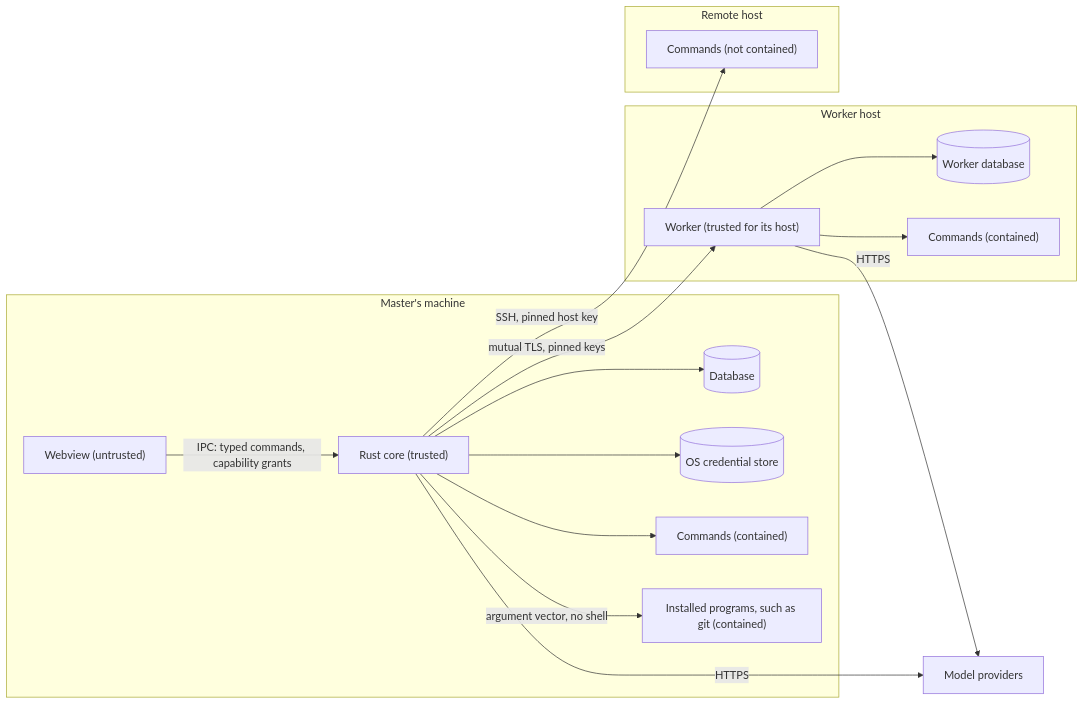
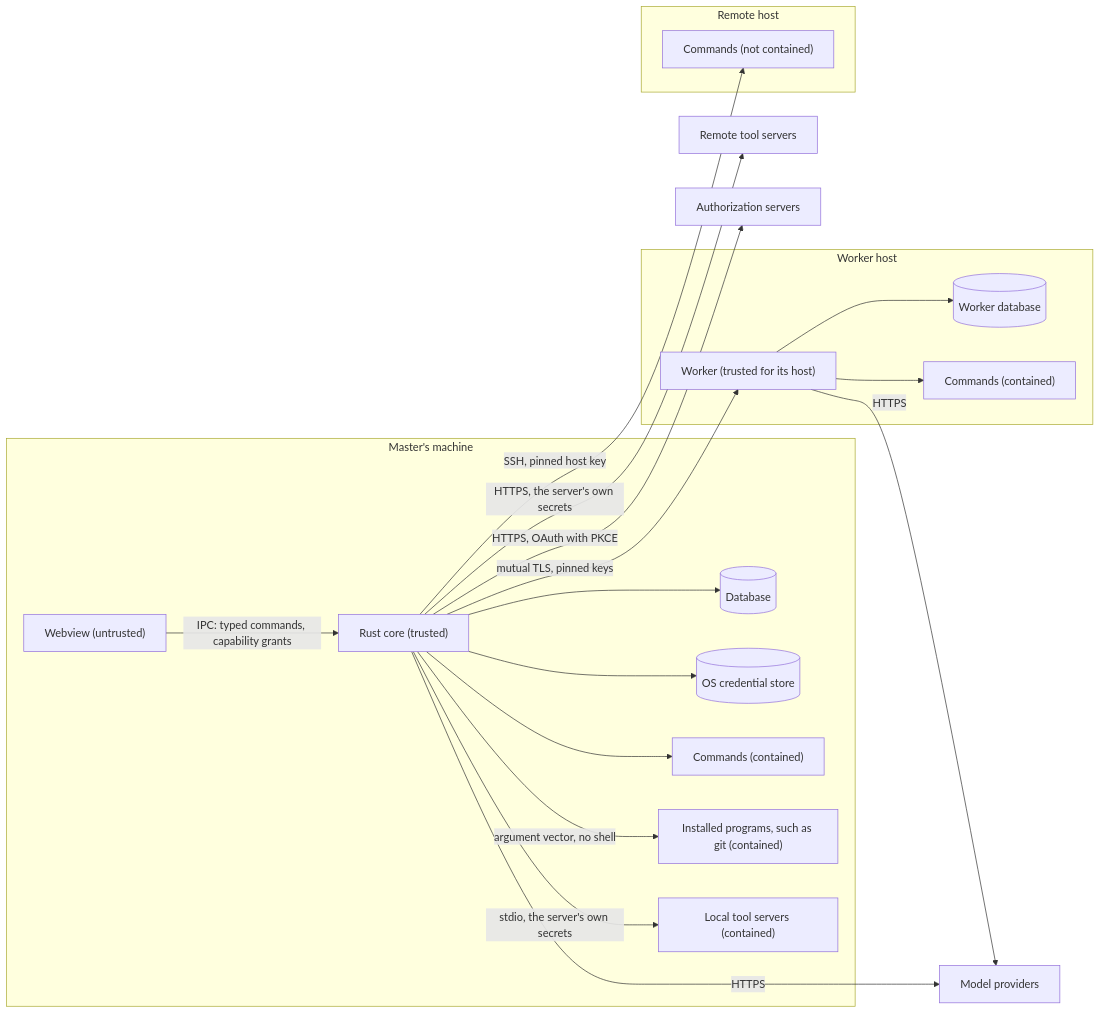
Before and after one commit to limbon2/mannie: the diagram in docs/architecture/security.md, drawn with Mermaid. The commit also changed other lines of this file and 274 other files, not shown here.

````diff
--- a/docs/architecture/security.md
+++ b/docs/architecture/security.md
@@ -53,31 +56,37 @@
 ```mermaid
 flowchart LR
   subgraph MasterMachine["Master's machine"]
     WV["Webview (untrusted)"]
     Core["Rust core (trusted)"]
     Store[("Database")]
     Keys[("OS credential store")]
     Cmd["Commands (contained)"]
     Prog["Installed programs, such as git (contained)"]
+    Local["Local tool servers (contained)"]
   end
   subgraph Host["Worker host"]
     Wk["Worker (trusted for its host)"]
     WStore[("Worker database")]
     WCmd["Commands (contained)"]
   end
   subgraph Remote["Remote host"]
     RCmd["Commands (not contained)"]
   end
+  Tool["Remote tool servers"]
+  Auth["Authorization servers"]
   Prov["Model providers"]
   WV -- "IPC: typed commands, capability grants" --> Core
   Core --> Store
   Core --> Keys
   Core --> Cmd
   Core -- "argument vector, no shell" --> Prog
   Core -- "mutual TLS, pinned keys" --> Wk
   Core -- "SSH, pinned host key" --> RCmd
+  Core -- "stdio, the server's own secrets" --> Local
+  Core -- "HTTPS, the server's own secrets" --> Tool
+  Core -- "HTTPS, OAuth with PKCE" --> Auth
   Wk --> WStore
   Wk --> WCmd
   Core -- HTTPS --> Prov
   Wk -- HTTPS --> Prov
 ```
````
